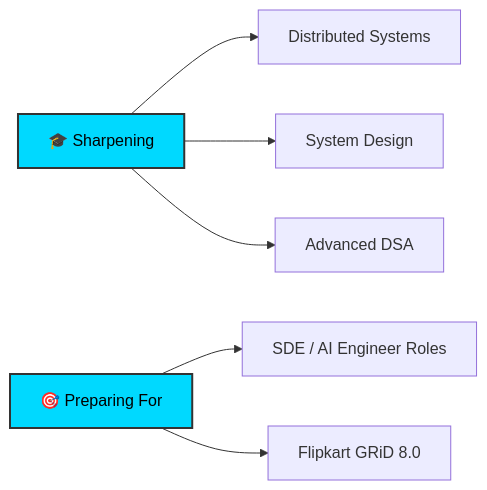
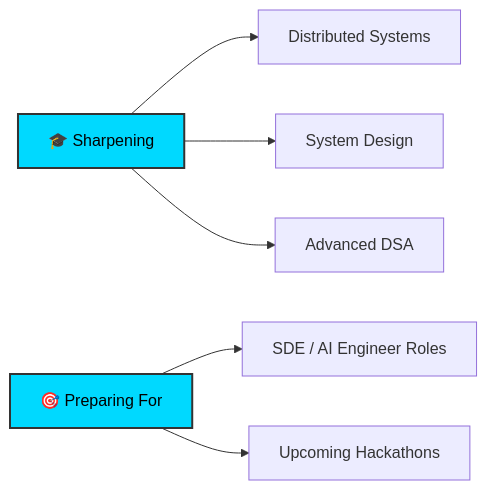
One commit to vayugautam/vayugautam changed the diagram in README.md. Above: the diagram before and after it, drawn with Mermaid. The commit also changed other lines of this file, not shown here.

````diff
--- a/README.md
+++ b/README.md
@@ -241,12 +239,12 @@
 ```mermaid
 graph LR
     A[🎓 Sharpening] --> B[Distributed Systems]
     A --> C[System Design]
     A --> D[Advanced DSA]
 
     H[🎯 Preparing For] --> I[SDE / AI Engineer Roles]
-    H --> J[Flipkart GRiD 8.0]
+    H --> J[Upcoming Hackathons]
 
     style A fill:#00D9FF,stroke:#333,stroke-width:2px,color:#000
     style H fill:#00D9FF,stroke:#333,stroke-width:2px,color:#000
 ```
````
